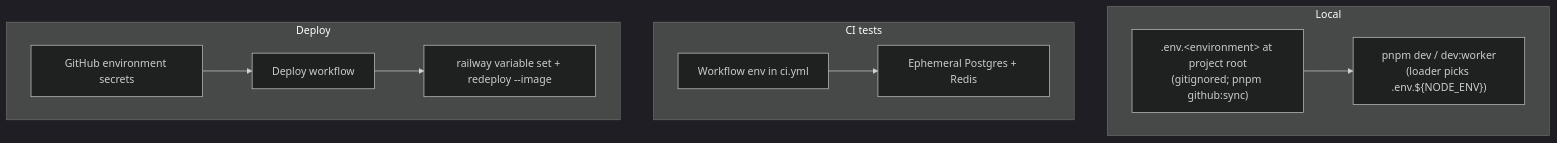
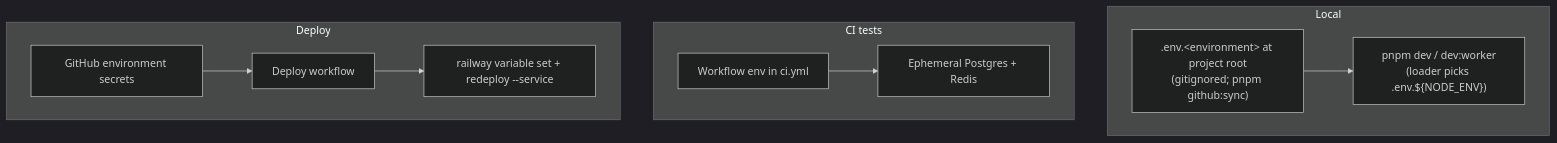
Before and after one commit to nikunjmavani/core-be: the fifth of 6 diagrams in docs/deployment/ci-cd/cicd-and-deployment.md, drawn with Mermaid (dark theme). The commit also changed other lines of this file and 3 other files, not shown here.

First line of the commit message:
fix(ci): use supported Railway redeploy command

````diff
--- a/docs/deployment/ci-cd/cicd-and-deployment.md
+++ b/docs/deployment/ci-cd/cicd-and-deployment.md
@@ -321,21 +321,21 @@
 ```mermaid
 flowchart TB
   subgraph local [Local]
     A1[".env.&lt;environment&gt; at project root\n(gitignored; pnpm github:sync)"]
     A2["pnpm dev / dev:worker\n(loader picks .env.${NODE_ENV})"]
     A1 --> A2
   end
 
   subgraph ci_env [CI tests]
     B1["Workflow env in ci.yml"]
     B2["Ephemeral Postgres + Redis"]
     B1 --> B2
   end
 
   subgraph deploy_env [Deploy]
     C1["GitHub environment secrets"]
     C2["Deploy workflow"]
-    C3["railway variable set + redeploy --image"]
+    C3["railway variable set + redeploy --service"]
     C1 --> C2 --> C3
   end
 ```
````
